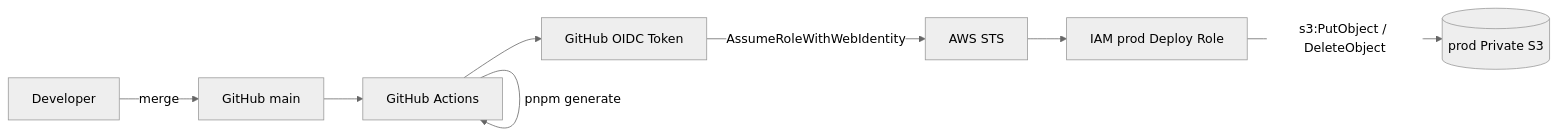
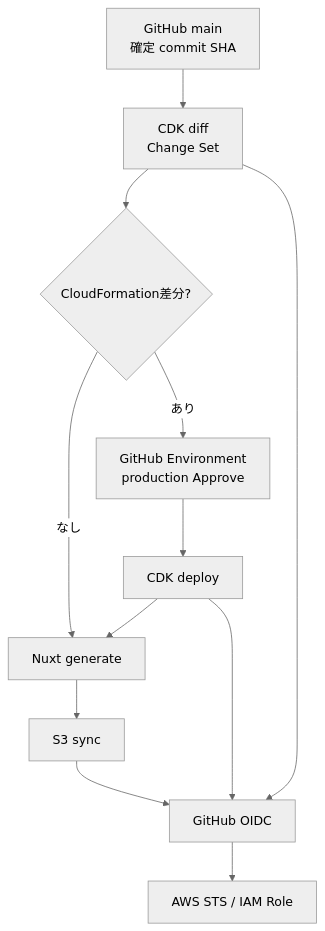
The second of 4 diagrams in docs/AWS_PUBLIC_HOSTING.md (toshiakisan1127/russian-4kyu-training), drawn with Mermaid (neutral theme) before and after one commit. The commit also changed other lines of this file and 1 other file, not shown here.

````diff
--- a/docs/AWS_PUBLIC_HOSTING.md
+++ b/docs/AWS_PUBLIC_HOSTING.md
@@ -37,18 +60,24 @@
 ```mermaid
-flowchart LR
-    Dev[Developer]
-    Main[GitHub main]
-    Actions[GitHub Actions]
-    OIDC[GitHub OIDC Token]
-    STS[AWS STS]
-    Role[IAM prod Deploy Role]
-    S3[(prod Private S3)]
+flowchart TD
+    Main[GitHub main\n確定 commit SHA]
+    Plan[CDK diff\nChange Set]
+    NoDiff{CloudFormation差分?}
+    Approval[GitHub Environment\nproduction Approve]
+    CDK[CDK deploy]
+    Generate[Nuxt generate]
+    S3Deploy[S3 sync]
+    OIDC[GitHub OIDC]
+    STS[AWS STS / IAM Role]
 
-    Dev -->|merge| Main
-    Main --> Actions
-    Actions -->|pnpm generate| Actions
-    Actions --> OIDC
-    OIDC -->|AssumeRoleWithWebIdentity| STS
-    STS --> Role
-    Role -->|s3:PutObject / DeleteObject| S3
+    Main --> Plan
+    Plan --> NoDiff
+    NoDiff -->|なし| Generate
+    NoDiff -->|あり| Approval
+    Approval --> CDK
+    CDK --> Generate
+    Generate --> S3Deploy
+    Plan --> OIDC
+    CDK --> OIDC
+    S3Deploy --> OIDC
+    OIDC --> STS
 ```
````
